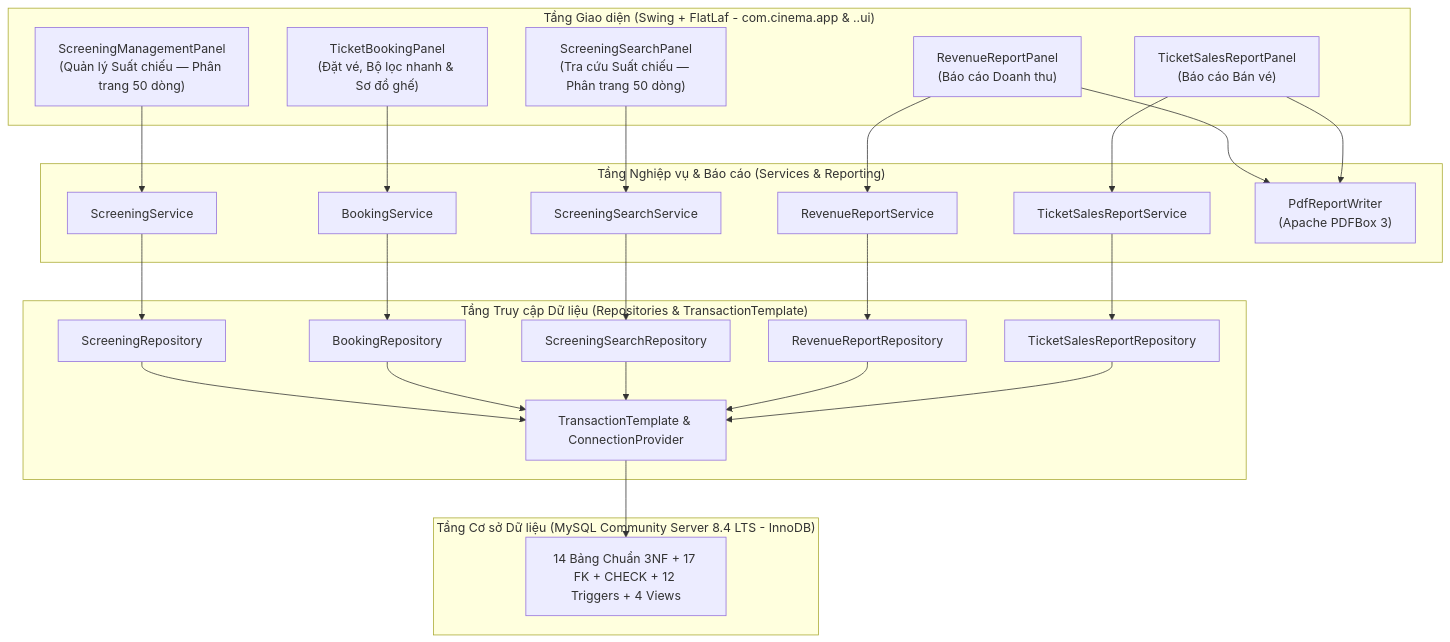
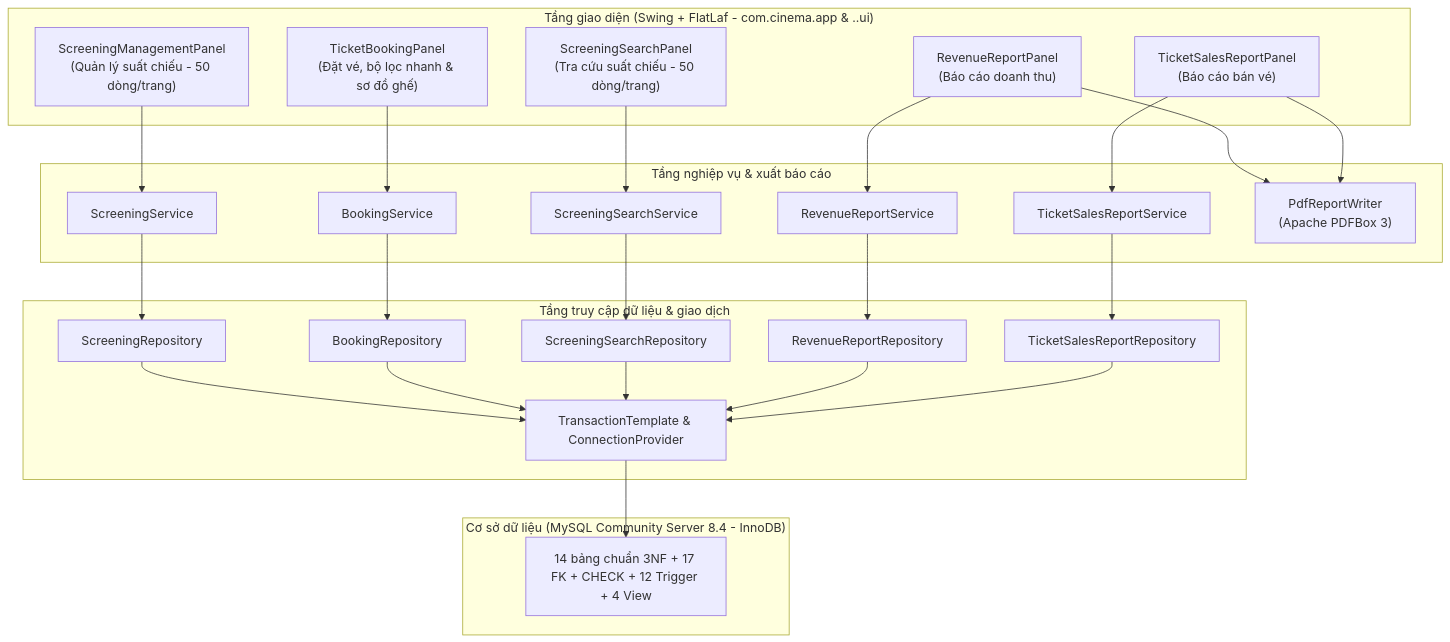
One commit to lnb2x/quan-ly-chuoi-rap-phim changed the diagram in ARCHITECTURE.md. Above: the diagram before and after it, drawn with Mermaid. The commit also changed other lines of this file and 90 other files, not shown here.

Commit message:
fix: chuẩn hóa sơ đồ ER, lược đồ quan hệ và đồng bộ báo cáo theo bài giảng

````diff
--- a/ARCHITECTURE.md
+++ b/ARCHITECTURE.md
@@ -7,40 +7,40 @@
 ```mermaid
 flowchart TD
-    subgraph UI["Tầng Giao diện (Swing + FlatLaf - com.cinema.app & ..ui)"]
-        U1["ScreeningManagementPanel\n(Quản lý Suất chiếu — Phân trang 50 dòng)"]
-        U2["TicketBookingPanel\n(Đặt vé, Bộ lọc nhanh & Sơ đồ ghế)"]
-        U3["ScreeningSearchPanel\n(Tra cứu Suất chiếu — Phân trang 50 dòng)"]
-        U4["RevenueReportPanel\n(Báo cáo Doanh thu)"]
-        U5["TicketSalesReportPanel\n(Báo cáo Bán vé)"]
+    subgraph UI["Tầng giao diện (Swing + FlatLaf - com.cinema.app & ..ui)"]
+        U1["ScreeningManagementPanel\n(Quản lý suất chiếu - 50 dòng/trang)"]
+        U2["TicketBookingPanel\n(Đặt vé, bộ lọc nhanh & sơ đồ ghế)"]
+        U3["ScreeningSearchPanel\n(Tra cứu suất chiếu - 50 dòng/trang)"]
+        U4["RevenueReportPanel\n(Báo cáo doanh thu)"]
+        U5["TicketSalesReportPanel\n(Báo cáo bán vé)"]
     end
 
-    subgraph SVC["Tầng Nghiệp vụ & Báo cáo (Services & Reporting)"]
+    subgraph SVC["Tầng nghiệp vụ & xuất báo cáo"]
         S1["ScreeningService"]
         S2["BookingService"]
         S3["ScreeningSearchService"]
         S4["RevenueReportService"]
         S5["TicketSalesReportService"]
         PDF["PdfReportWriter\n(Apache PDFBox 3)"]
     end
 
-    subgraph REPO["Tầng Truy cập Dữ liệu (Repositories & TransactionTemplate)"]
+    subgraph REPO["Tầng truy cập dữ liệu & giao dịch"]
         R1["ScreeningRepository"]
         R2["BookingRepository"]
         R3["ScreeningSearchRepository"]
         R4["RevenueReportRepository"]
         R5["TicketSalesReportRepository"]
         TX["TransactionTemplate & ConnectionProvider"]
     end
 
-    subgraph DB["Tầng Cơ sở Dữ liệu (MySQL Community Server 8.4 LTS - InnoDB)"]
-        DDL["14 Bảng Chuẩn 3NF + 17 FK + CHECK + 12 Triggers + 4 Views"]
+    subgraph DB["Cơ sở dữ liệu (MySQL Community Server 8.4 - InnoDB)"]
+        DDL["14 bảng chuẩn 3NF + 17 FK + CHECK + 12 Trigger + 4 View"]
     end
 
     U1 --> S1 --> R1 --> TX
     U2 --> S2 --> R2 --> TX
     U3 --> S3 --> R3 --> TX
     U4 --> S4 --> R4 --> TX
     U5 --> S5 --> R5 --> TX
     U4 & U5 --> PDF
     TX --> DDL
 ```
````
